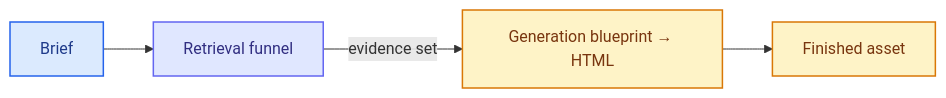
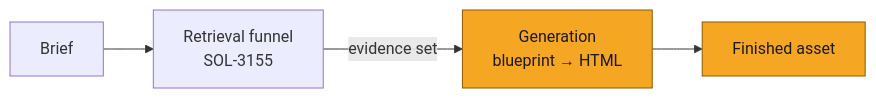
One commit to Solstice-Health/engineering-specs changed the diagram in plans/SOL-3156-spike-content-generation-evals.md. Above: the diagram before and after it, drawn with Mermaid. The commit also changed other lines of this file and 1 other file, not shown here.

First line of the commit message:
SOL-3155: spell out tests, approach, and data to create

````diff
--- a/plans/SOL-3156-spike-content-generation-evals.md
+++ b/plans/SOL-3156-spike-content-generation-evals.md
@@ -72,13 +72,7 @@
 ```mermaid
 flowchart LR
-    Brief["Brief"] --> Retr["Retrieval funnel"]
-    Retr -->|"evidence set"| Gen["Generation blueprint → HTML"]
-    Gen --> Asset["Finished asset"]
-    classDef userNode fill:#dbeafe,stroke:#2563eb,stroke-width:1.5px,color:#1e3a8a
-    classDef parseNode fill:#e0e7ff,stroke:#6366f1,stroke-width:1.5px,color:#312e81
-    classDef effectNode fill:#fef3c7,stroke:#d97706,stroke-width:1.5px,color:#78350f
-    class Brief userNode
-    class Retr parseNode
-    class Gen effectNode
-    class Asset effectNode
+    classDef delta fill:#F5A623,stroke:#8A5A00,color:#1A1A1A
+    Brief["Brief"] --> Retr["Retrieval funnel<br/>SOL-3155"]
+    Retr -->|"evidence set"| Gen["Generation<br/>blueprint → HTML"]:::delta
+    Gen --> Asset["Finished asset"]:::delta
 ```
````
